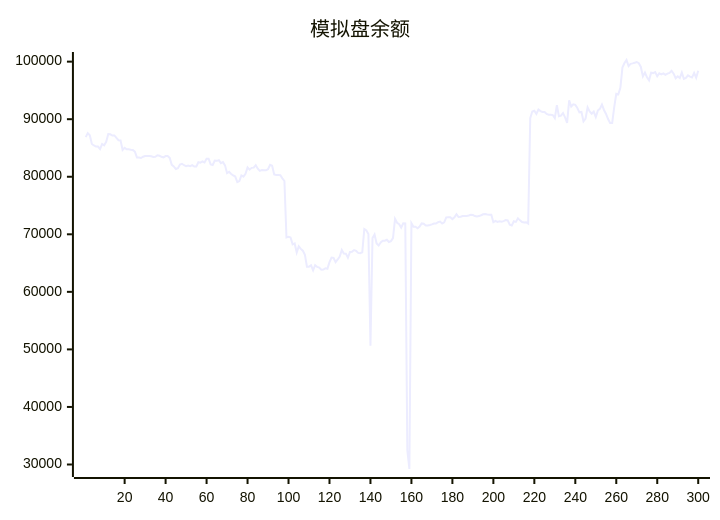
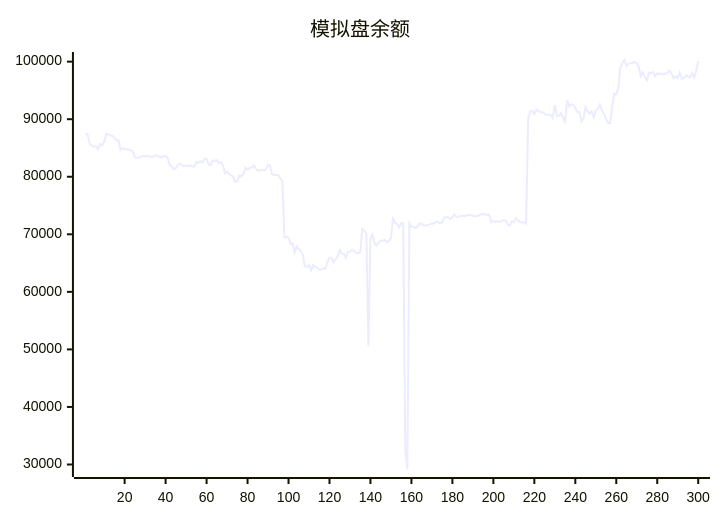
Before and after one commit to aahl/ai-trading: the diagram in README.md, drawn with Mermaid. The commit also changed other lines of this file and 1 other file, not shown here.

````diff
--- a/README.md
+++ b/README.md
@@ -5,5 +5,5 @@
 ```mermaid
 xychart
     title "模拟盘余额"
-    line [86884,87576,87209,85686,85435,85251,85255,84820,85689,85453,86066,87420,87373,87161,87178,86740,86341,86315,84643,85012,84772,84768,84690,84635,84376,83360,83357,83259,83474,83608,83606,83602,83548,83440,83454,83724,83644,83464,83365,83590,83592,83275,82072,81806,81344,81492,82109,82254,82006,81848,81955,81829,82022,81769,81776,82522,82441,82656,82498,83144,83144,82150,82038,82797,82763,82872,82367,82536,81981,80612,80862,80484,80242,80034,79063,79245,80226,80016,80507,81625,81233,81544,81578,82016,81401,81019,81186,81130,81118,81306,82066,81909,80392,80304,80291,80258,79729,79261,69466,69579,69456,68251,68415,66832,67911,67462,67144,66432,64380,64375,64606,63740,64647,64324,64216,63842,63877,64078,64008,65156,65945,65888,65157,65625,66144,67284,66653,66639,65924,66925,66956,67263,67108,66766,66729,66886,70927,70673,70049,50652,69334,69973,68400,68061,68578,68876,68879,69055,68662,68822,69329,72687,71999,71760,71162,71911,71896,32500,29218,71927,71297,71305,71044,71337,71883,71822,71536,71536,71622,71723,71880,71860,72100,72216,71887,72077,72940,72976,72966,72638,72948,73497,73004,73041,73173,73160,73186,73258,73375,73351,73173,73098,73161,73305,73474,73536,73457,73413,73412,72100,72333,72164,72272,72204,72285,72461,72421,71652,71521,72267,72157,72774,72424,72144,72060,72091,71858,90185,91338,91466,90900,91678,91404,91268,91244,90903,90779,90787,90721,90187,92429,90518,90619,91070,90328,89376,93286,92202,92581,92485,91947,91196,91259,89619,90086,92063,91355,90950,91327,90373,91498,91800,92531,91603,90910,90031,89351,89334,92097,94406,94315,95455,98972,99763,100286,99229,99622,99701,99805,99938,99738,99082,97430,98094,97267,96741,98081,98013,98194,97447,97983,97789,97969,97729,97911,98043,98405,97912,97120,97448,97154,98095,97021,97190,97616,97402,97263,98035,97210,98424]
+    line [87576,87209,85686,85435,85251,85255,84820,85689,85453,86066,87420,87373,87161,87178,86740,86341,86315,84643,85012,84772,84768,84690,84635,84376,83360,83357,83259,83474,83608,83606,83602,83548,83440,83454,83724,83644,83464,83365,83590,83592,83275,82072,81806,81344,81492,82109,82254,82006,81848,81955,81829,82022,81769,81776,82522,82441,82656,82498,83144,83144,82150,82038,82797,82763,82872,82367,82536,81981,80612,80862,80484,80242,80034,79063,79245,80226,80016,80507,81625,81233,81544,81578,82016,81401,81019,81186,81130,81118,81306,82066,81909,80392,80304,80291,80258,79729,79261,69466,69579,69456,68251,68415,66832,67911,67462,67144,66432,64380,64375,64606,63740,64647,64324,64216,63842,63877,64078,64008,65156,65945,65888,65157,65625,66144,67284,66653,66639,65924,66925,66956,67263,67108,66766,66729,66886,70927,70673,70049,50652,69334,69973,68400,68061,68578,68876,68879,69055,68662,68822,69329,72687,71999,71760,71162,71911,71896,32500,29218,71927,71297,71305,71044,71337,71883,71822,71536,71536,71622,71723,71880,71860,72100,72216,71887,72077,72940,72976,72966,72638,72948,73497,73004,73041,73173,73160,73186,73258,73375,73351,73173,73098,73161,73305,73474,73536,73457,73413,73412,72100,72333,72164,72272,72204,72285,72461,72421,71652,71521,72267,72157,72774,72424,72144,72060,72091,71858,90185,91338,91466,90900,91678,91404,91268,91244,90903,90779,90787,90721,90187,92429,90518,90619,91070,90328,89376,93286,92202,92581,92485,91947,91196,91259,89619,90086,92063,91355,90950,91327,90373,91498,91800,92531,91603,90910,90031,89351,89334,92097,94406,94315,95455,98972,99763,100286,99229,99622,99701,99805,99938,99738,99082,97430,98094,97267,96741,98081,98013,98194,97447,97983,97789,97969,97729,97911,98043,98405,97912,97120,97448,97154,98095,97021,97190,97616,97402,97263,98035,97210,98424,100120]
 ```
````
